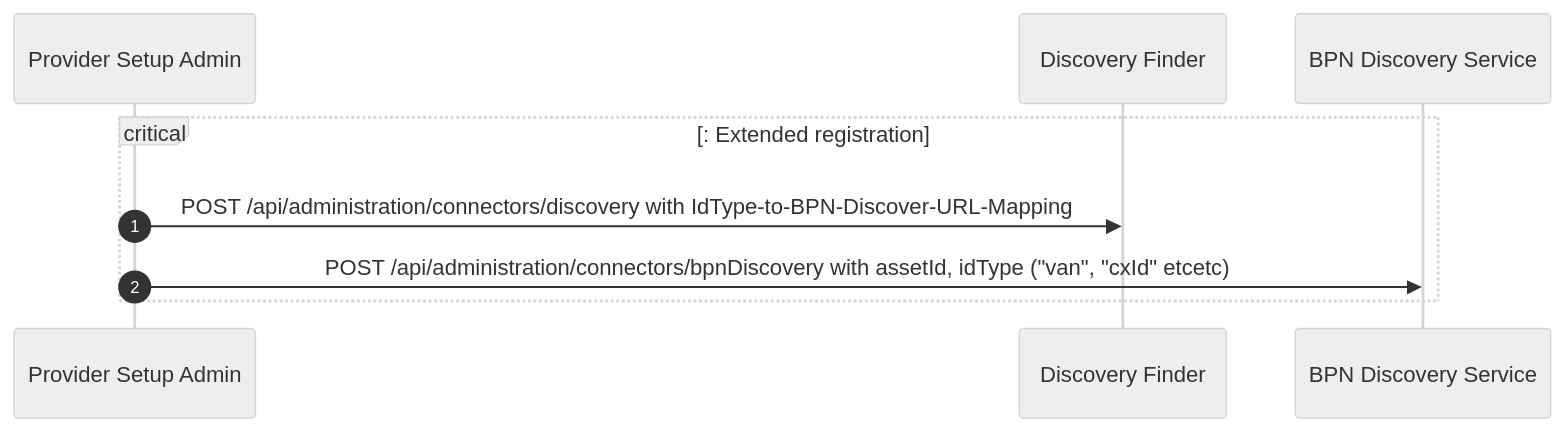
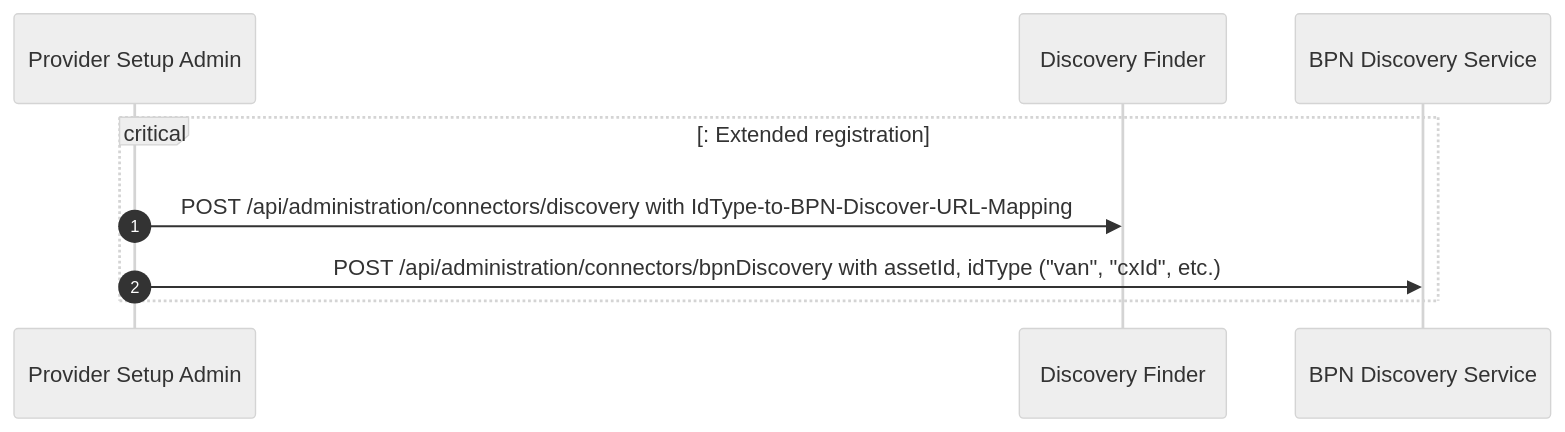
Before and after one commit to eclipse-tractusx/eclipse-tractusx.github.io: the fourth of 6 diagrams in docs-kits/kits/digital-twin-kit/software-development-view/interaction-patterns.md, drawn with Mermaid (neutral theme). The commit also changed 2 other files, not shown here.

Commit message:
fix spelling digital twin kit

````diff
--- a/docs-kits/kits/digital-twin-kit/software-development-view/interaction-patterns.md
+++ b/docs-kits/kits/digital-twin-kit/software-development-view/interaction-patterns.md
@@ -164,11 +164,11 @@
 ```mermaid
 sequenceDiagram
     participant Act as Provider Setup Admin
     participant DFin as Discovery Finder
     participant BPND as BPN Discovery Service
 autonumber
     critical: Extended registration
         Act ->> DFin: POST /api/administration/connectors/discovery with IdType-to-BPN-Discover-URL-Mapping
-        Act ->> BPND: POST /api/administration/connectors/bpnDiscovery with assetId, idType ("van", "cxId" etcetc)
+        Act ->> BPND: POST /api/administration/connectors/bpnDiscovery with assetId, idType ("van", "cxId", etc.)
     end
 ```
````
